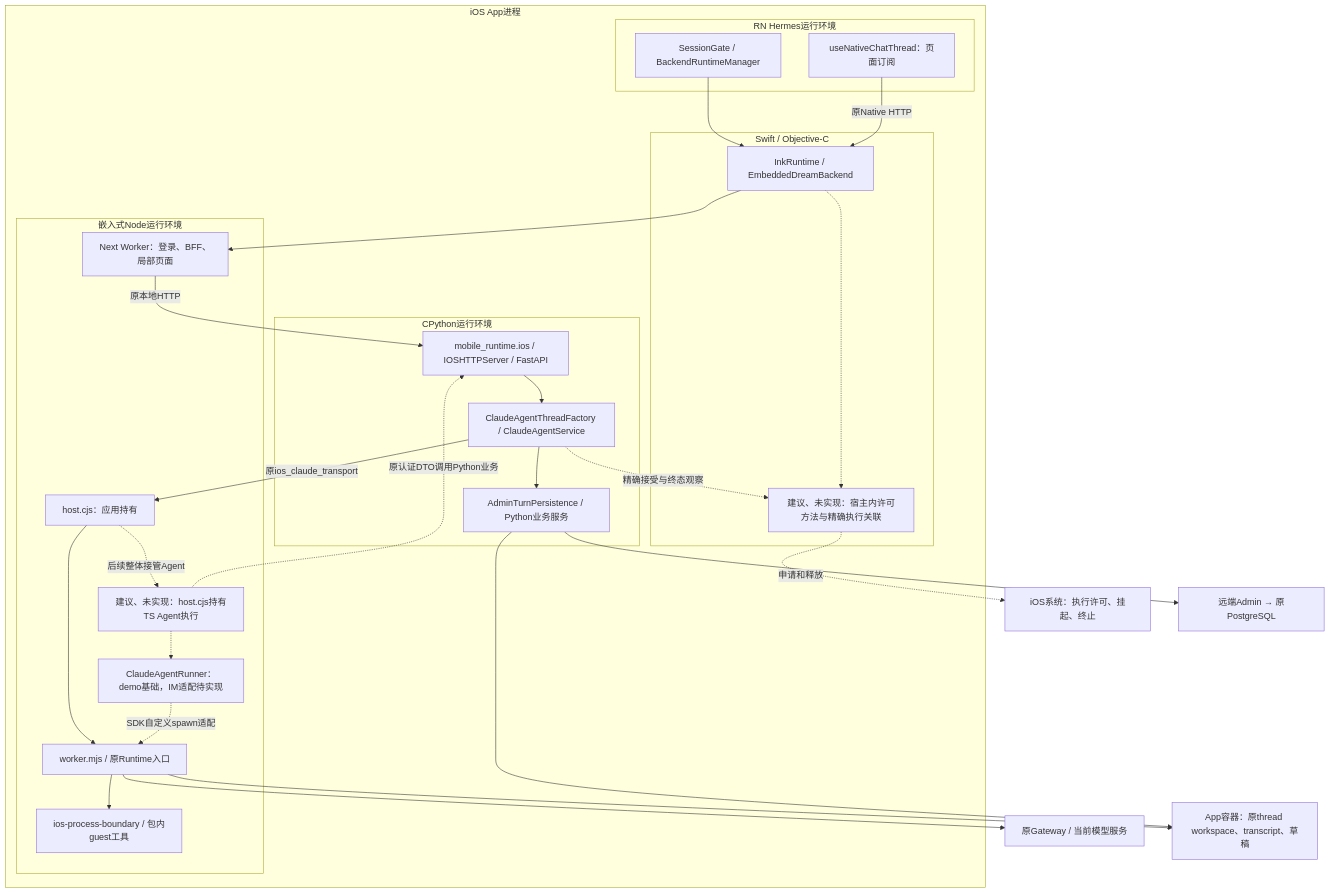
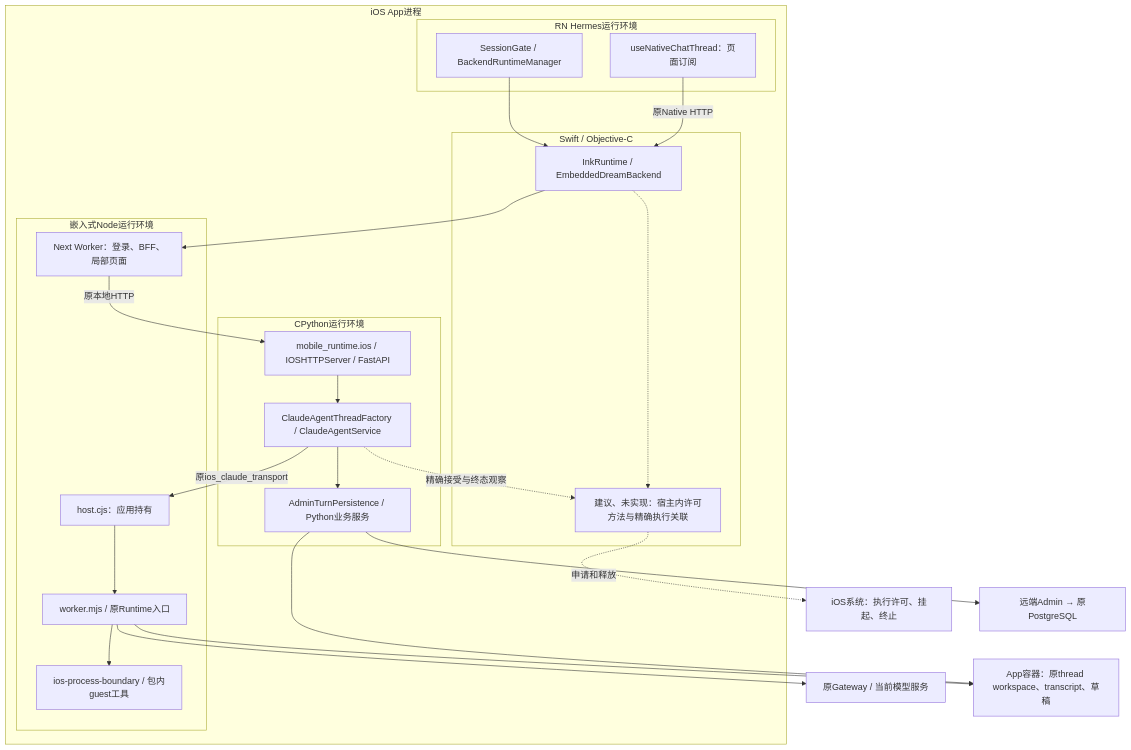
Before and after one commit to glide-the/im-dream: the eighth of 9 diagrams in docs/design/multi-platform/mobile-background-execution-technical.md, drawn with Mermaid. The commit also changed other lines of this file and 30 other files, not shown here.

````diff
--- a/docs/design/multi-platform/mobile-background-execution-technical.md
+++ b/docs/design/multi-platform/mobile-background-execution-technical.md
@@ -498,50 +499,44 @@
 ```mermaid
 flowchart TB
     OS["iOS系统：执行许可、挂起、终止"]
     subgraph APP["iOS App进程"]
         subgraph NATIVE["Swift / Objective-C"]
             I["InkRuntime / EmbeddedDreamBackend"]
             B["建议、未实现：宿主内许可方法与精确执行关联"]
         end
         subgraph UI["RN Hermes运行环境"]
             G["SessionGate / BackendRuntimeManager"]
             C["useNativeChatThread：页面订阅"]
         end
         subgraph PY["CPython运行环境"]
             H["mobile_runtime.ios / IOSHTTPServer / FastAPI"]
             F["ClaudeAgentThreadFactory / ClaudeAgentService"]
             D["AdminTurnPersistence / Python业务服务"]
         end
         subgraph NODE["嵌入式Node运行环境"]
             HOST["host.cjs：应用持有"]
             NEXT["Next Worker：登录、BFF、局部页面"]
-            TS["建议、未实现：host.cjs持有TS Agent执行"]
-            RUN["ClaudeAgentRunner：demo基础，IM适配待实现"]
             CLI["worker.mjs / 原Runtime入口"]
             CMD["ios-process-boundary / 包内guest工具"]
         end
     end
     ADMIN["远端Admin → 原PostgreSQL"]
     GW["原Gateway / 当前模型服务"]
     FILES["App容器：原thread workspace、transcript、草稿"]
     G --> I
     C -->|原Native HTTP| I
     I --> NEXT
     NEXT -->|原本地HTTP| H
     H --> F
     F --> D
     F -->|原ios_claude_transport| HOST
     HOST --> CLI
     CLI --> CMD
     D --> ADMIN
     CLI --> GW
     I -.-> B
     F -. 精确接受与终态观察 .-> B
     B -. 申请和释放 .-> OS
-    HOST -. 后续整体接管Agent .-> TS
-    TS -.-> RUN
-    RUN -. SDK自定义spawn适配 .-> CLI
-    TS -. 原认证DTO调用Python业务 .-> H
     CLI --> FILES
     D --> FILES
 ```
````
